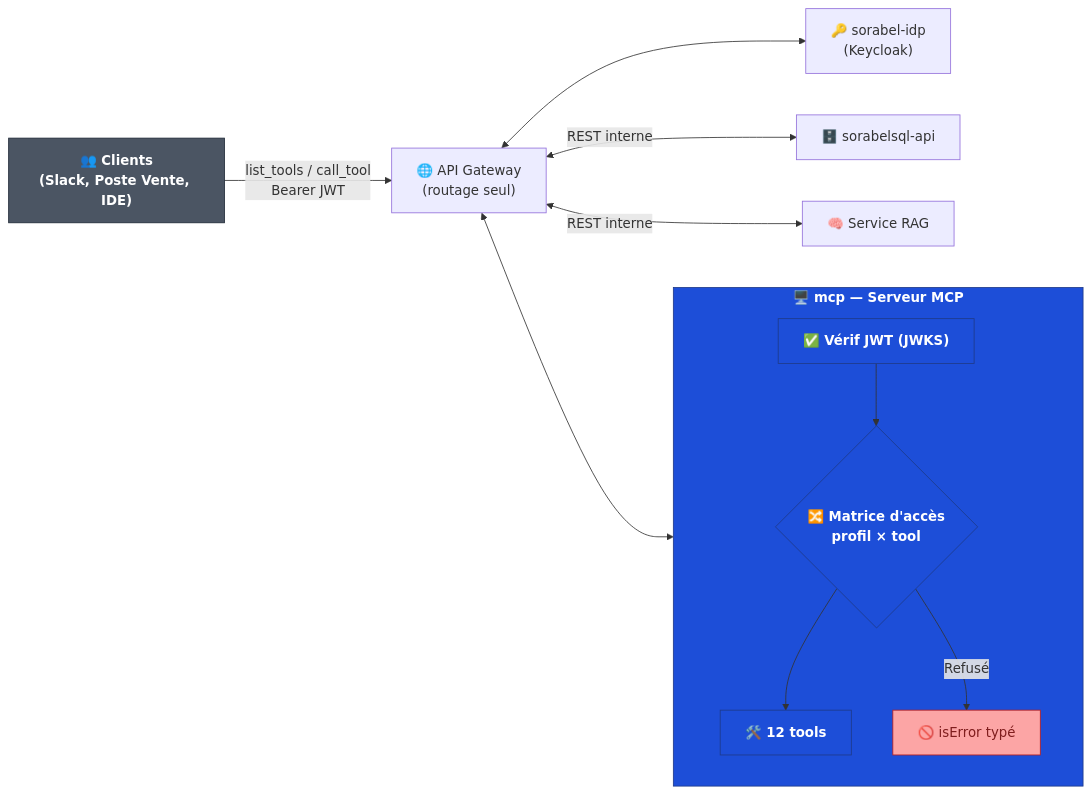
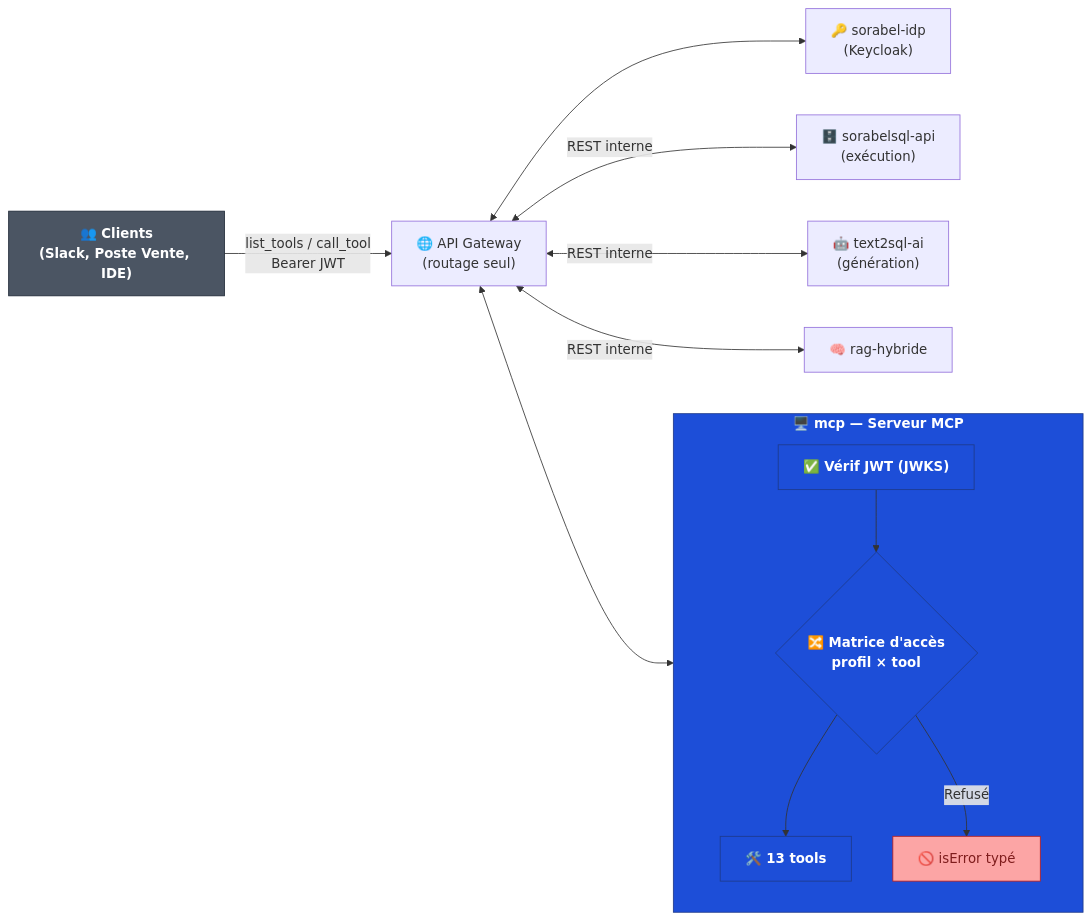
Before and after one commit to acerolaz/sorabel: the diagram in mcp/README.md, drawn with Mermaid. The commit also changed other lines of this file and 74 other files, not shown here.

````diff
--- a/mcp/README.md
+++ b/mcp/README.md
@@ -13,22 +13,23 @@
 ```mermaid
 flowchart LR
     CLI["👥 Clients<br/>(Slack, Poste Vente, IDE)"] -->|"list_tools / call_tool<br/>Bearer JWT"| GW["🌐 API Gateway<br/>(routage seul)"]
     GW <--> IDP["🔑 sorabel-idp<br/>(Keycloak)"]
     GW <--> M
 
     subgraph M["🖥️ mcp — Serveur MCP"]
         Verif["✅ Vérif JWT (JWKS)"] --> RBAC{"🔀 Matrice d'accès<br/>profil × tool"}
-        RBAC --> Tools["🛠️ 12 tools"]
+        RBAC --> Tools["🛠️ 13 tools"]
         RBAC -->|Refusé| Err["🚫 isError typé"]
     end
 
-    GW <-->|"REST interne"| SQL["🗄️ sorabelsql-api"]
-    GW <-->|"REST interne"| RAG["🧠 Service RAG"]
+    GW <-->|"REST interne"| SQL["🗄️ sorabelsql-api<br/>(exécution)"]
+    GW <-->|"REST interne"| T2S["🤖 text2sql-ai<br/>(génération)"]
+    GW <-->|"REST interne"| RAG["🧠 rag-hybride"]
 
     classDef client fill:#4B5563,stroke:#1F2937,color:#fff,font-weight:bold
     classDef mcp fill:#1D4ED8,stroke:#1E3A8A,color:#fff,font-weight:bold
     classDef risk fill:#FCA5A5,stroke:#B91C1C,color:#7F1D1D
     class CLI client
     class M,Verif,RBAC,Tools mcp
     class Err risk
 ```
````
